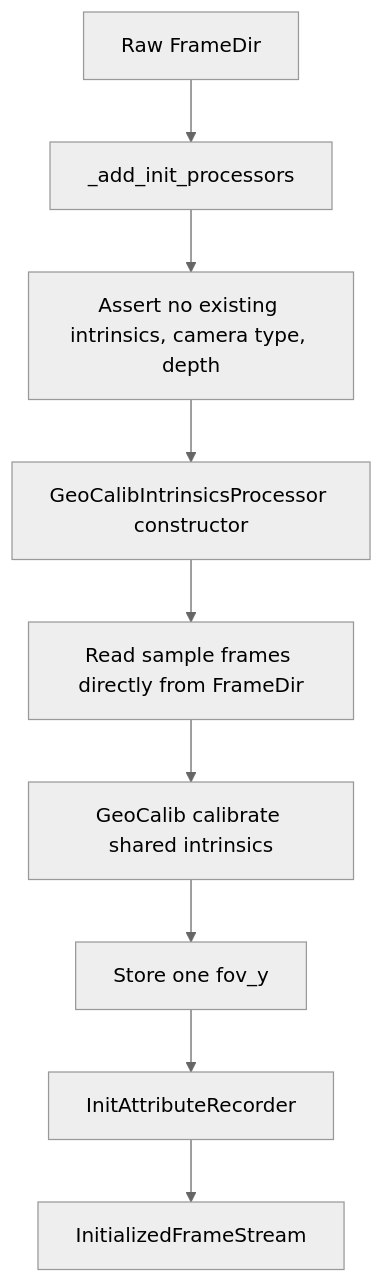
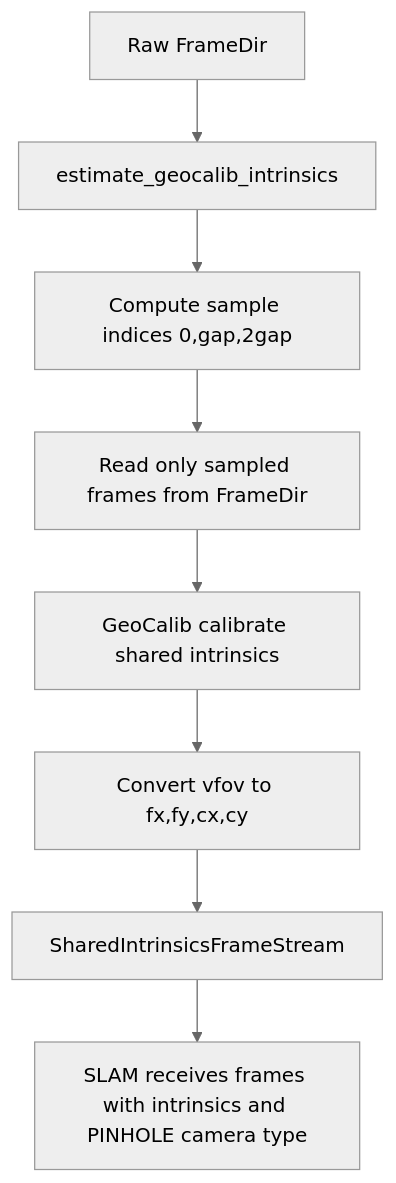
Before and after one commit to sadanand1120/vipe: the fourth of 12 diagrams in fullexplain.md, drawn with Mermaid (neutral theme). The commit also changed other lines of this file and 44 other files, not shown here.

````diff
--- a/fullexplain.md
+++ b/fullexplain.md
@@ -317,11 +314,10 @@
 ```mermaid
 flowchart TD
-    A[Raw FrameDir] --> B[_add_init_processors]
-    B --> C[Assert no existing intrinsics, camera type, depth]
-    C --> D[GeoCalibIntrinsicsProcessor constructor]
-    D --> D1[Read sample frames directly from FrameDir]
-    D1 --> D2[GeoCalib calibrate shared intrinsics]
-    D2 --> D3[Store one fov_y]
-    D3 --> E[InitAttributeRecorder]
-    E --> F[InitializedFrameStream]
+    A[Raw FrameDir] --> B[estimate_geocalib_intrinsics]
+    B --> C[Compute sample indices 0,gap,2gap]
+    C --> D[Read only sampled frames from FrameDir]
+    D --> E[GeoCalib calibrate shared intrinsics]
+    E --> F[Convert vfov to fx,fy,cx,cy]
+    F --> G[SharedIntrinsicsFrameStream]
+    G --> H[SLAM receives frames with intrinsics and PINHOLE camera type]
 ```
````
